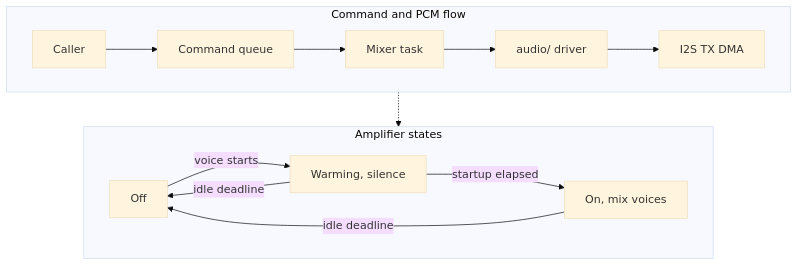
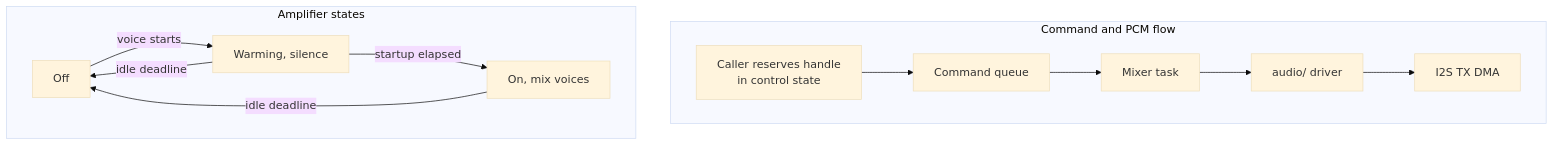
One commit to jose-villegas/autana changed the diagram in docs/audio/Sound-Mixer.md. Above: the diagram before and after it, drawn with Mermaid (base theme). The commit also changed other lines of this file and 1 other file, not shown here.

````diff
--- a/docs/audio/Sound-Mixer.md
+++ b/docs/audio/Sound-Mixer.md
@@ -22,16 +22,15 @@
 ```mermaid
 flowchart TB
     subgraph Path["Command and PCM flow"]
         direction LR
-        Caller["Caller"] --> Queue["Command queue"] --> Mixer["Mixer task"]
+        Caller["Caller reserves handle<br/>in control state"] --> Queue["Command queue"] --> Mixer["Mixer task"]
         Mixer --> Driver["audio/ driver"] --> DMA["I2S TX DMA"]
     end
     subgraph Amp["Amplifier states"]
         direction LR
         Off["Off"] -->|voice starts| Warming["Warming, silence"]
         Warming -->|startup elapsed| On["On, mix voices"]
         On -->|idle deadline| Off
         Warming -->|idle deadline| Off
     end
-    Path -.-> Amp
 ```
````
